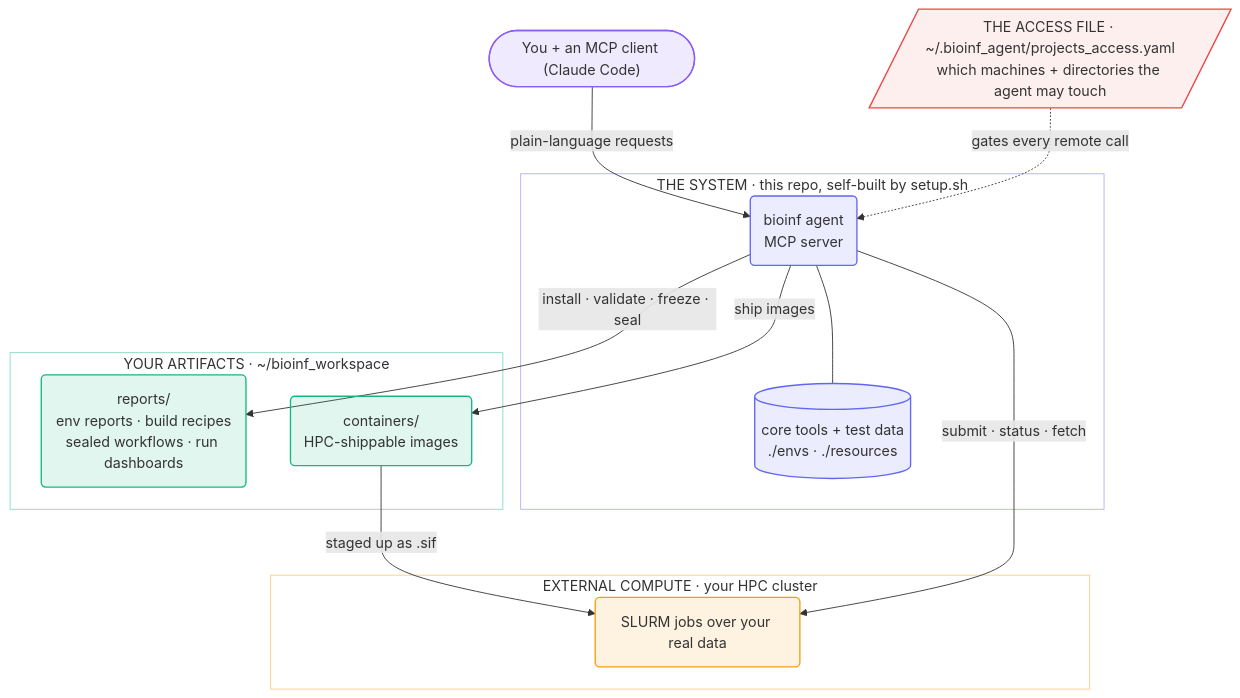
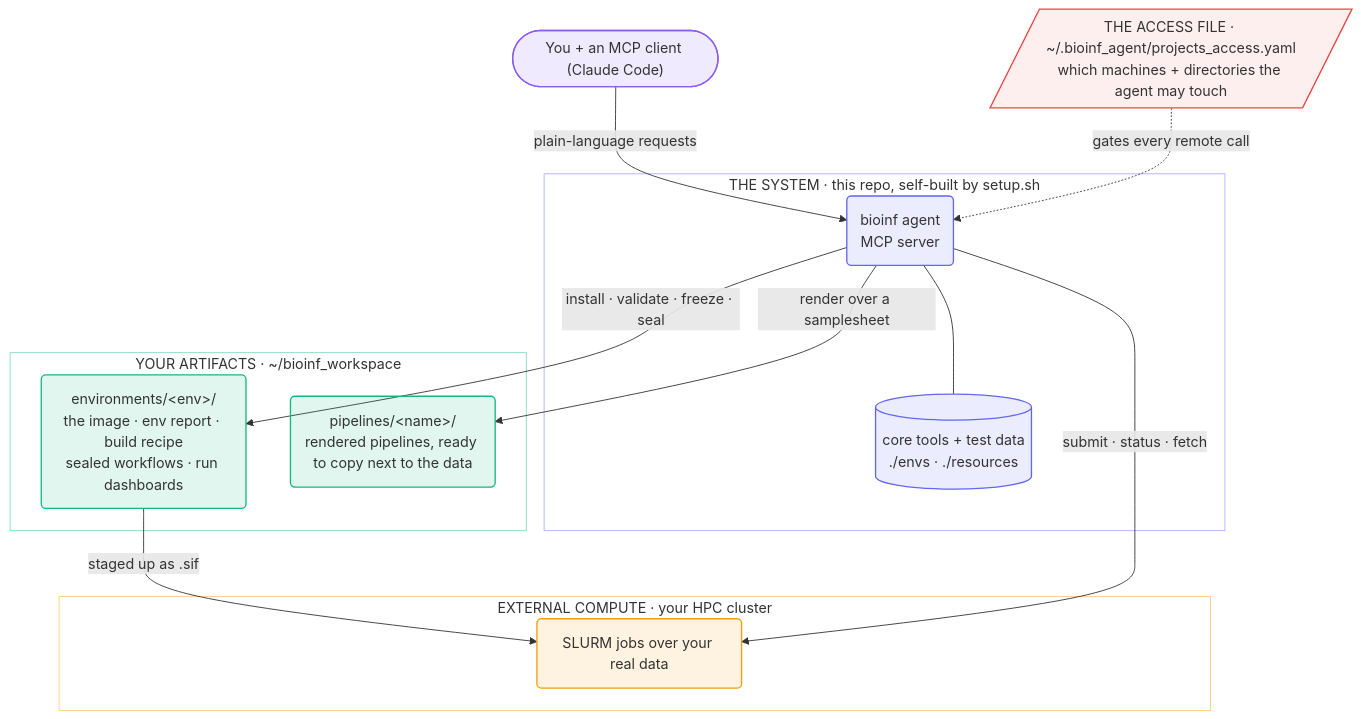
The diagram in README.md (monarch-initiative/bioinf-agent), drawn with Mermaid before and after one commit. The commit also changed other lines of this file and 71 other files, not shown here.

First line of the commit message:
Environments-per-env layout and the cold-start experiment corpus (#58)

````diff
--- a/README.md
+++ b/README.md
@@ -171,41 +172,41 @@
 ```mermaid
 flowchart TB
     you(["You + an MCP client (Claude Code)"])
     access[/"THE ACCESS FILE · ~/.bioinf_agent/projects_access.yaml<br/>which machines + directories the agent may touch"/]
 
     subgraph system[" THE SYSTEM · this repo, self-built by setup.sh "]
         agent("bioinf agent<br/>MCP server")
         core[("core tools + test data<br/>./envs · ./resources")]
         agent --- core
     end
 
     subgraph store[" YOUR ARTIFACTS · ~/bioinf_workspace "]
-        reports("reports/<br/>env reports · build recipes<br/>sealed workflows · run dashboards")
-        containers("containers/<br/>HPC-shippable images")
+        reports("environments/&lt;env&gt;/<br/>the image · env report · build recipe<br/>sealed workflows · run dashboards")
+        containers("pipelines/&lt;name&gt;/<br/>rendered pipelines, ready to copy next to the data")
     end
 
     subgraph hpc[" EXTERNAL COMPUTE · your HPC cluster "]
         jobs("SLURM jobs over your real data")
     end
 
     you -->|plain-language requests| agent
     access -. gates every remote call .-> agent
     agent -->|install · validate · freeze · seal| reports
-    agent -->|ship images| containers
-    containers -->|staged up as .sif| jobs
+    agent -->|render over a samplesheet| containers
+    reports -->|staged up as .sif| jobs
     agent -->|submit · status · fetch| jobs
 
     classDef sys fill:#6366f120,stroke:#6366f1,stroke-width:1.5px
     classDef art fill:#10b98120,stroke:#10b981,stroke-width:1.5px
     classDef ext fill:#f59e0b20,stroke:#f59e0b,stroke-width:1.5px
     classDef gate fill:#ef444415,stroke:#ef4444,stroke-width:1.5px
     classDef person fill:#8b5cf620,stroke:#8b5cf6,stroke-width:1.5px
     class agent,core sys
     class reports,containers art
     class jobs ext
     class access gate
     class you person
     style system fill:none,stroke:#6366f180,stroke-width:1px
     style store fill:none,stroke:#10b98180,stroke-width:1px
     style hpc fill:none,stroke:#f59e0b80,stroke-width:1px
 ```
````
